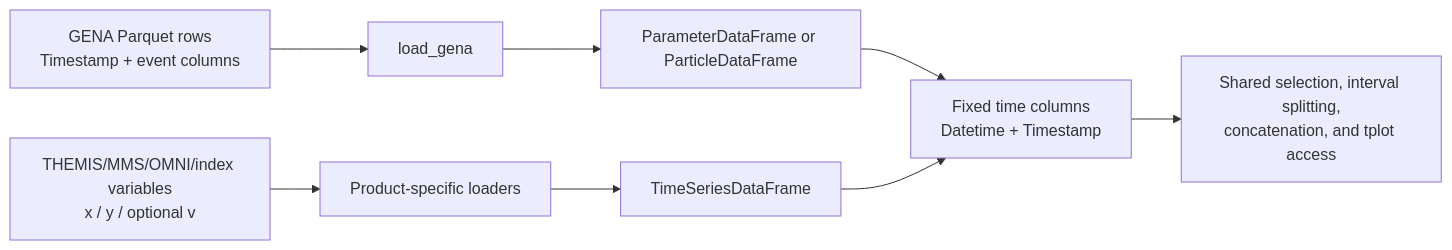
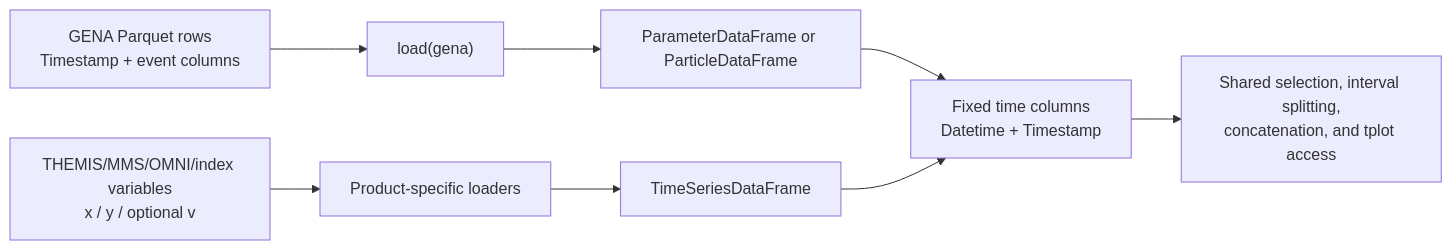
The diagram in readme.md (shawnafk/GENA), drawn with Mermaid before and after one commit. The commit also changed other lines of this file and 11 other files, not shown here.

````diff
--- a/readme.md
+++ b/readme.md
@@ -157,10 +153,10 @@
 ```mermaid
 flowchart LR
-    G["GENA Parquet rows<br/>Timestamp + event columns"] --> GL["load_gena"]
+    G["GENA Parquet rows<br/>Timestamp + event columns"] --> GL["load(gena)"]
     GL --> E["ParameterDataFrame or ParticleDataFrame"]
     T["THEMIS/MMS/OMNI/index variables<br/>x / y / optional v"] --> D["Product-specific loaders"]
     D --> F["TimeSeriesDataFrame"]
     E --> C["Fixed time columns<br/>Datetime + Timestamp"]
     F --> C
     C --> S["Shared selection, interval splitting,<br/>concatenation, and tplot access"]
 ```
````
